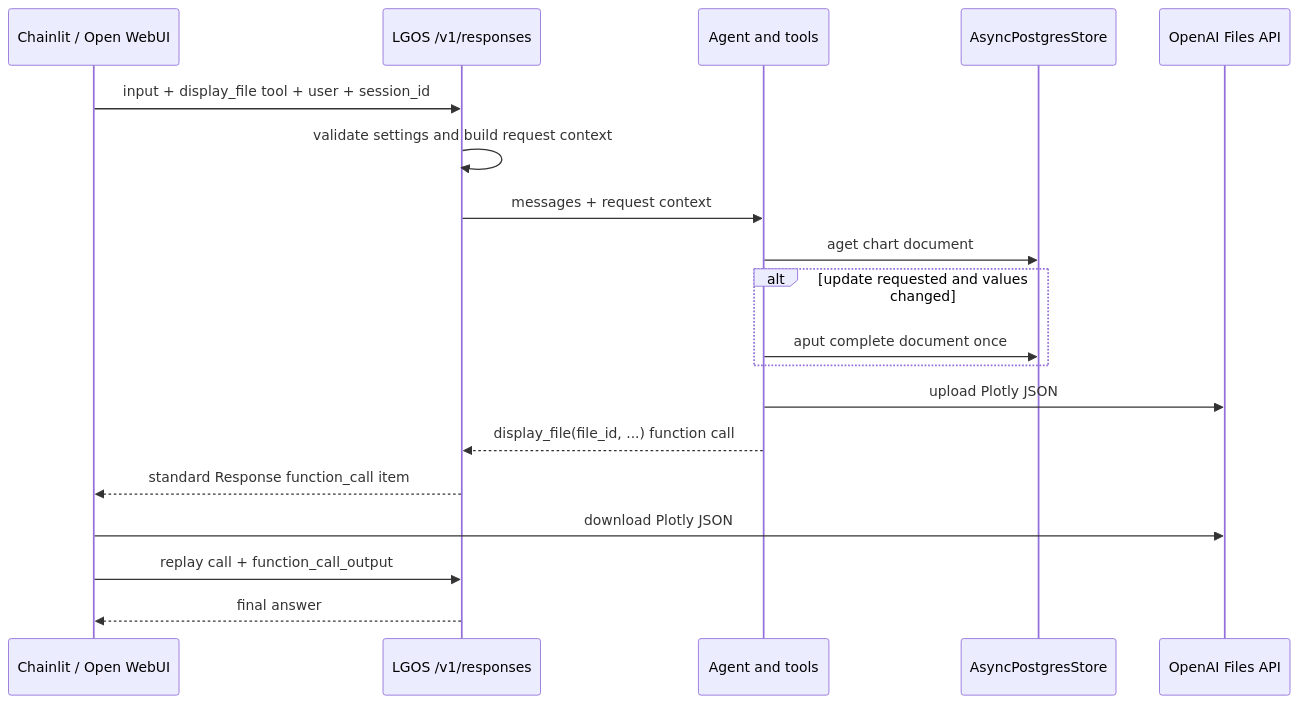
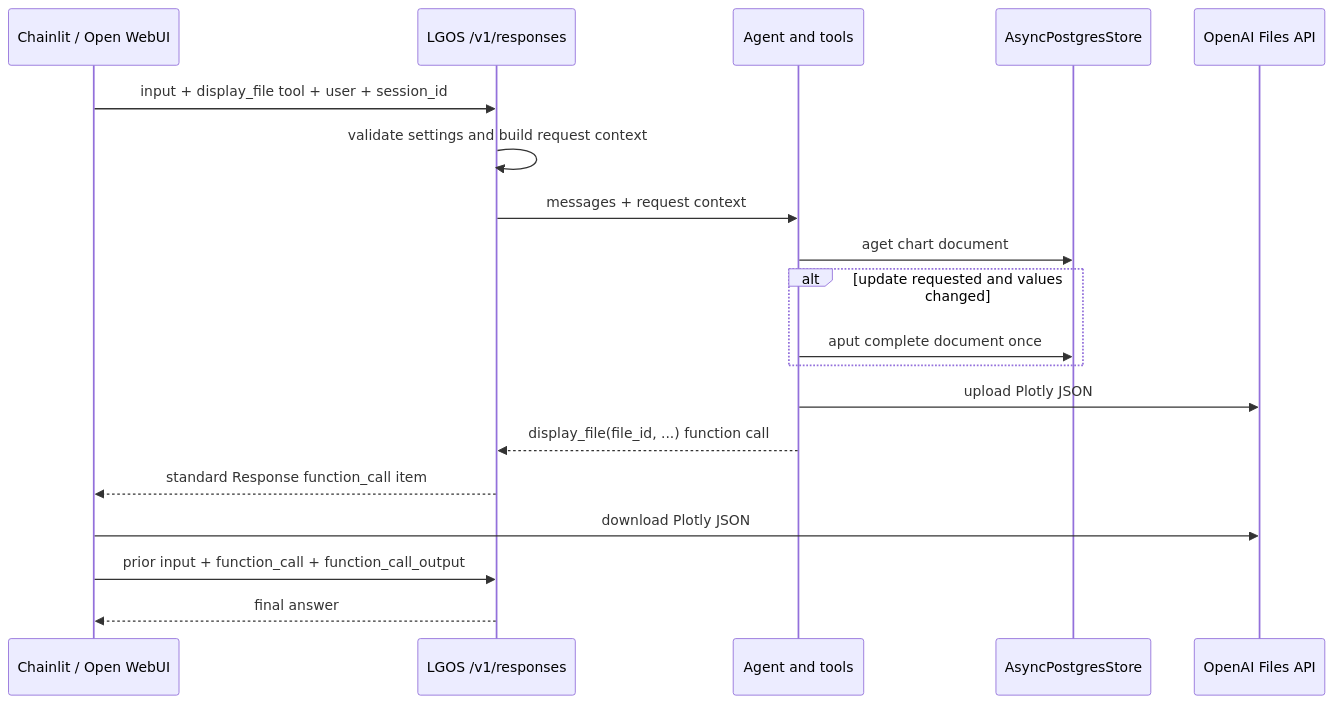
Before and after one commit to ilkersigirci/langgraph-openai-serve: the second of 2 diagrams in docs/demo/graphs/persistent-plot-agent.md, drawn with Mermaid. The commit also changed 72 other files, not shown here.

````diff
--- a/docs/demo/graphs/persistent-plot-agent.md
+++ b/docs/demo/graphs/persistent-plot-agent.md
@@ -36,22 +36,22 @@
 ```mermaid
 sequenceDiagram
   participant UI as Chainlit / Open WebUI
   participant LGOS as LGOS /v1/responses
   participant Agent as Agent and tools
   participant Store as AsyncPostgresStore
   participant Files as OpenAI Files API
 
   UI->>LGOS: input + display_file tool + user + session_id
   LGOS->>LGOS: validate settings and build request context
   LGOS->>Agent: messages + request context
   Agent->>Store: aget chart document
   alt update requested and values changed
     Agent->>Store: aput complete document once
   end
   Agent->>Files: upload Plotly JSON
   Agent-->>LGOS: display_file(file_id, ...) function call
   LGOS-->>UI: standard Response function_call item
   UI->>Files: download Plotly JSON
-  UI->>LGOS: replay call + function_call_output
+  UI->>LGOS: prior input + function_call + function_call_output
   LGOS-->>UI: final answer
 ```
````
